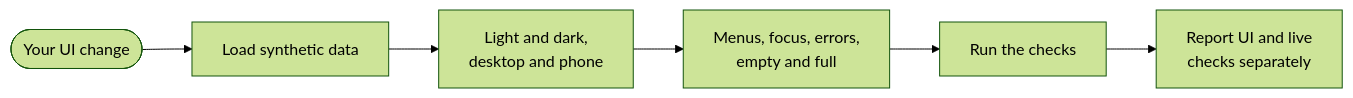
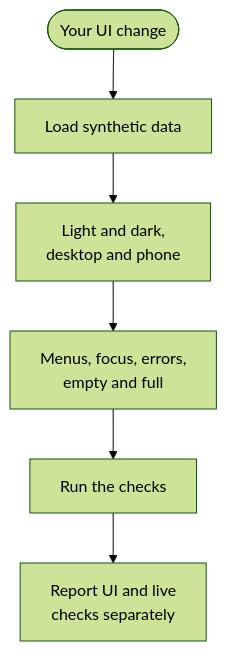
The diagram in docs/src/content/docs/contribute/interface-design.md (n8n-io/nod), drawn with Mermaid (forest theme) before and after one commit. The commit also changed 54 other files, not shown here.

````diff
--- a/docs/src/content/docs/contribute/interface-design.md
+++ b/docs/src/content/docs/contribute/interface-design.md
@@ -117,8 +117,8 @@
 ```mermaid
-flowchart LR
+flowchart TD
   change([Your UI change]):::accent --> data[Load synthetic data]
   data --> sizes[Light and dark,<br/>desktop and phone]
   sizes --> states[Menus, focus, errors,<br/>empty and full]
   states --> checks[Run the checks]
   checks --> report[Report UI and live<br/>checks separately]:::go
 ```
````
